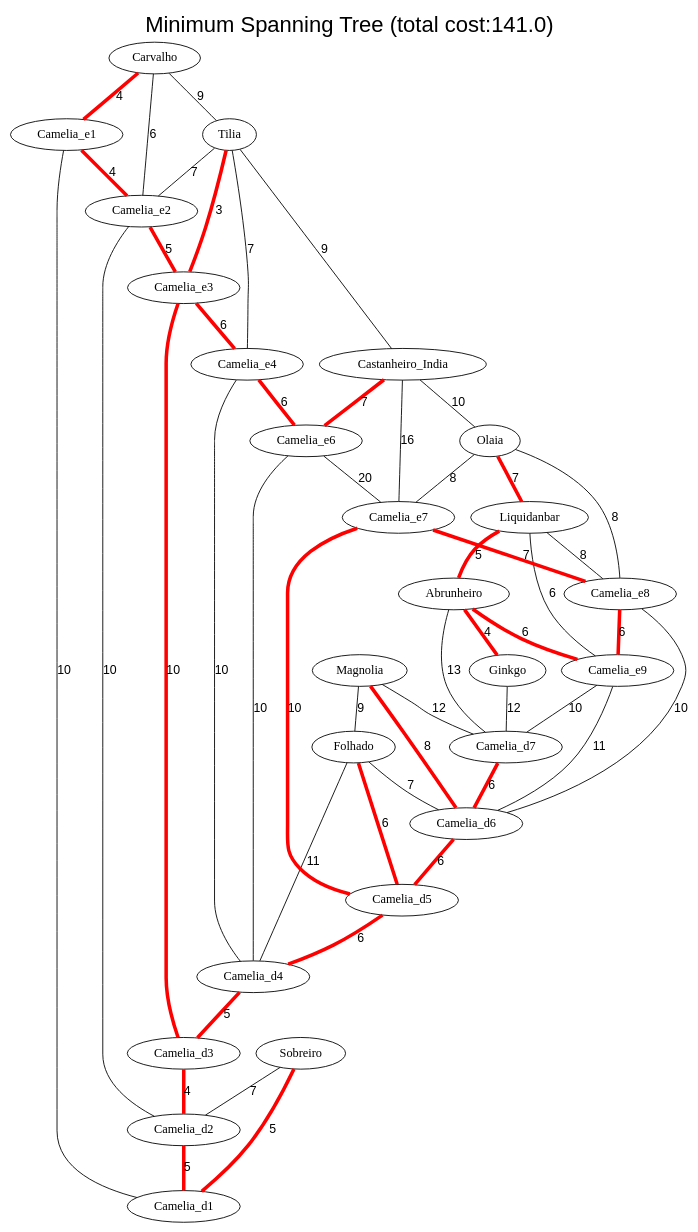
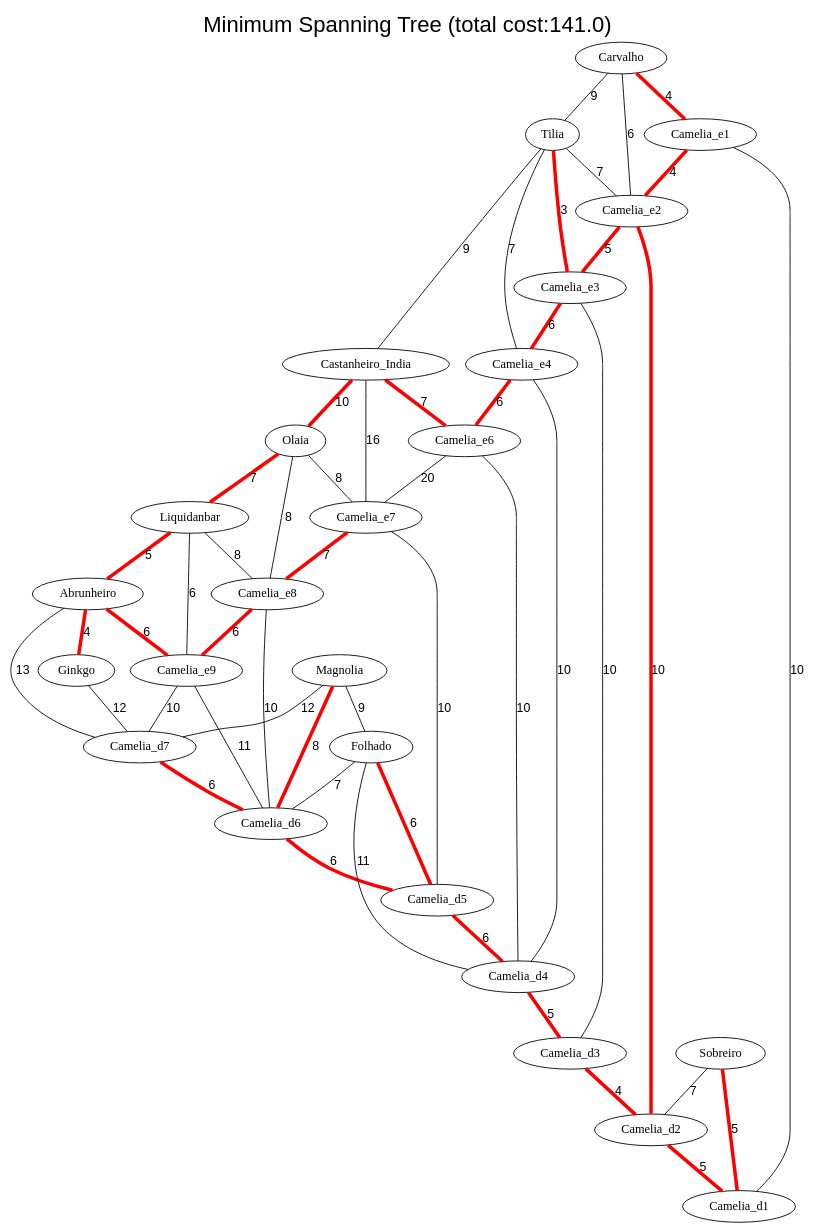
One commit to Departamento-de-Engenharia-Informatica/lei-24-s2-1dl-g121 changed the diagram in output/MATDISC_graph_images/graph.dot. Above: the diagram before and after it, drawn with Graphviz. The commit also changed 9 other files, not shown here.

```diff
--- a/output/MATDISC_graph_images/graph.dot
+++ b/output/MATDISC_graph_images/graph.dot
@@ -1,59 +1,59 @@
 graph {
 fontname="Arial";
 splines="true";
 sep="0.5";
 labelloc="t";
 label="Minimum Spanning Tree (total cost:141.0)";
 fontsize=25;
 fontweight=bold;
     "Tilia" -- "Camelia_e3" [label="3", color="red", len=2, penwidth=4.0, fontname="Arial"];
+    "Camelia_d3" -- "Camelia_d2" [label="4", color="red", len=2, penwidth=4.0, fontname="Arial"];
     "Camelia_e1" -- "Camelia_e2" [label="4", color="red", len=2, penwidth=4.0, fontname="Arial"];
     "Carvalho" -- "Camelia_e1" [label="4", color="red", len=2, penwidth=4.0, fontname="Arial"];
-    "Camelia_d3" -- "Camelia_d2" [label="4", color="red", len=2, penwidth=4.0, fontname="Arial"];
     "Abrunheiro" -- "Ginkgo" [label="4", color="red", len=2, penwidth=4.0, fontname="Arial"];
+    "Camelia_d4" -- "Camelia_d3" [label="5", color="red", len=2, penwidth=4.0, fontname="Arial"];
+    "Camelia_d2" -- "Camelia_d1" [label="5", color="red", len=2, penwidth=4.0, fontname="Arial"];
+    "Camelia_e2" -- "Camelia_e3" [label="5", color="red", len=2, penwidth=4.0, fontname="Arial"];
     "Sobreiro" -- "Camelia_d1" [label="5", color="red", len=2, penwidth=4.0, fontname="Arial"];
-    "Camelia_e2" -- "Camelia_e3" [label="5", color="red", len=2, penwidth=4.0, fontname="Arial"];
-    "Camelia_d2" -- "Camelia_d1" [label="5", color="red", len=2, penwidth=4.0, fontname="Arial"];
     "Liquidanbar" -- "Abrunheiro" [label="5", color="red", len=2, penwidth=4.0, fontname="Arial"];
-    "Camelia_d4" -- "Camelia_d3" [label="5", color="red", len=2, penwidth=4.0, fontname="Arial"];
+    "Camelia_d7" -- "Camelia_d6" [label="6", color="red", len=2, penwidth=4.0, fontname="Arial"];
+    "Camelia_e8" -- "Camelia_e9" [label="6", color="red", len=2, penwidth=4.0, fontname="Arial"];
+    "Camelia_d5" -- "Camelia_d4" [label="6", color="red", len=2, penwidth=4.0, fontname="Arial"];
+    "Camelia_e4" -- "Camelia_e6" [label="6", color="red", len=2, penwidth=4.0, fontname="Arial"];
+    "Carvalho" -- "Camelia_e2" [label="6", color="black", len=2, penwidth=1.0, fontname="Arial"];
+    "Camelia_d6" -- "Camelia_d5" [label="6", color="red", len=2, penwidth=4.0, fontname="Arial"];
+    "Camelia_e3" -- "Camelia_e4" [label="6", color="red", len=2, penwidth=4.0, fontname="Arial"];
     "Abrunheiro" -- "Camelia_e9" [label="6", color="red", len=2, penwidth=4.0, fontname="Arial"];
-    "Camelia_d6" -- "Camelia_d5" [label="6", color="red", len=2, penwidth=4.0, fontname="Arial"];
-    "Carvalho" -- "Camelia_e2" [label="6", color="black", len=2, penwidth=1.0, fontname="Arial"];
-    "Camelia_e3" -- "Camelia_e4" [label="6", color="red", len=2, penwidth=4.0, fontname="Arial"];
     "Liquidanbar" -- "Camelia_e9" [label="6", color="black", len=2, penwidth=1.0, fontname="Arial"];
-    "Camelia_d7" -- "Camelia_d6" [label="6", color="red", len=2, penwidth=4.0, fontname="Arial"];
-    "Camelia_d5" -- "Camelia_d4" [label="6", color="red", len=2, penwidth=4.0, fontname="Arial"];
-    "Camelia_e8" -- "Camelia_e9" [label="6", color="red", len=2, penwidth=4.0, fontname="Arial"];
-    "Camelia_e4" -- "Camelia_e6" [label="6", color="red", len=2, penwidth=4.0, fontname="Arial"];
     "Folhado" -- "Camelia_d5" [label="6", color="red", len=2, penwidth=4.0, fontname="Arial"];
     "Camelia_e7" -- "Camelia_e8" [label="7", color="red", len=2, penwidth=4.0, fontname="Arial"];
     "Tilia" -- "Camelia_e2" [label="7", color="black", len=2, penwidth=1.0, fontname="Arial"];
+    "Castanheiro_India" -- "Camelia_e6" [label="7", color="red", len=2, penwidth=4.0, fontname="Arial"];
+    "Tilia" -- "Camelia_e4" [label="7", color="black", len=2, penwidth=1.0, fontname="Arial"];
+    "Folhado" -- "Camelia_d6" [label="7", color="black", len=2, penwidth=1.0, fontname="Arial"];
     "Olaia" -- "Liquidanbar" [label="7", color="red", len=2, penwidth=4.0, fontname="Arial"];
-    "Tilia" -- "Camelia_e4" [label="7", color="black", len=2, penwidth=1.0, fontname="Arial"];
-    "Castanheiro_India" -- "Camelia_e6" [label="7", color="red", len=2, penwidth=4.0, fontname="Arial"];
-    "Folhado" -- "Camelia_d6" [label="7", color="black", len=2, penwidth=1.0, fontname="Arial"];
     "Sobreiro" -- "Camelia_d2" [label="7", color="black", len=2, penwidth=1.0, fontname="Arial"];
     "Olaia" -- "Camelia_e7" [label="8", color="black", len=2, penwidth=1.0, fontname="Arial"];
+    "Magnolia" -- "Camelia_d6" [label="8", color="red", len=2, penwidth=4.0, fontname="Arial"];
     "Liquidanbar" -- "Camelia_e8" [label="8", color="black", len=2, penwidth=1.0, fontname="Arial"];
-    "Magnolia" -- "Camelia_d6" [label="8", color="red", len=2, penwidth=4.0, fontname="Arial"];
     "Olaia" -- "Camelia_e8" [label="8", color="black", len=2, penwidth=1.0, fontname="Arial"];
-    "Tilia" -- "Castanheiro_India" [label="9", color="black", len=2, penwidth=1.0, fontname="Arial"];
     "Carvalho" -- "Tilia" [label="9", color="black", len=2, penwidth=1.0, fontname="Arial"];
     "Magnolia" -- "Folhado" [label="9", color="black", len=2, penwidth=1.0, fontname="Arial"];
-    "Camelia_e3" -- "Camelia_d3" [label="10", color="red", len=2, penwidth=4.0, fontname="Arial"];
-    "Camelia_e7" -- "Camelia_d5" [label="10", color="red", len=2, penwidth=4.0, fontname="Arial"];
+    "Tilia" -- "Castanheiro_India" [label="9", color="black", len=2, penwidth=1.0, fontname="Arial"];
+    "Camelia_e2" -- "Camelia_d2" [label="10", color="red", len=2, penwidth=4.0, fontname="Arial"];
     "Camelia_e6" -- "Camelia_d4" [label="10", color="black", len=2, penwidth=1.0, fontname="Arial"];
-    "Camelia_e1" -- "Camelia_d1" [label="10", color="black", len=2, penwidth=1.0, fontname="Arial"];
+    "Camelia_e3" -- "Camelia_d3" [label="10", color="black", len=2, penwidth=1.0, fontname="Arial"];
+    "Castanheiro_India" -- "Olaia" [label="10", color="red", len=2, penwidth=4.0, fontname="Arial"];
+    "Camelia_e7" -- "Camelia_d5" [label="10", color="black", len=2, penwidth=1.0, fontname="Arial"];
     "Camelia_e4" -- "Camelia_d4" [label="10", color="black", len=2, penwidth=1.0, fontname="Arial"];
     "Camelia_e9" -- "Camelia_d7" [label="10", color="black", len=2, penwidth=1.0, fontname="Arial"];
     "Camelia_e8" -- "Camelia_d6" [label="10", color="black", len=2, penwidth=1.0, fontname="Arial"];
-    "Castanheiro_India" -- "Olaia" [label="10", color="black", len=2, penwidth=1.0, fontname="Arial"];
-    "Camelia_e2" -- "Camelia_d2" [label="10", color="black", len=2, penwidth=1.0, fontname="Arial"];
+    "Camelia_e1" -- "Camelia_d1" [label="10", color="black", len=2, penwidth=1.0, fontname="Arial"];
+    "Camelia_e9" -- "Camelia_d6" [label="11", color="black", len=2, penwidth=1.0, fontname="Arial"];
     "Folhado" -- "Camelia_d4" [label="11", color="black", len=2, penwidth=1.0, fontname="Arial"];
-    "Camelia_e9" -- "Camelia_d6" [label="11", color="black", len=2, penwidth=1.0, fontname="Arial"];
+    "Magnolia" -- "Camelia_d7" [label="12", color="black", len=2, penwidth=1.0, fontname="Arial"];
     "Ginkgo" -- "Camelia_d7" [label="12", color="black", len=2, penwidth=1.0, fontname="Arial"];
-    "Magnolia" -- "Camelia_d7" [label="12", color="black", len=2, penwidth=1.0, fontname="Arial"];
     "Abrunheiro" -- "Camelia_d7" [label="13", color="black", len=2, penwidth=1.0, fontname="Arial"];
     "Castanheiro_India" -- "Camelia_e7" [label="16", color="black", len=2, penwidth=1.0, fontname="Arial"];
     "Camelia_e6" -- "Camelia_e7" [label="20", color="black", len=2, penwidth=1.0, fontname="Arial"];
 }
```
